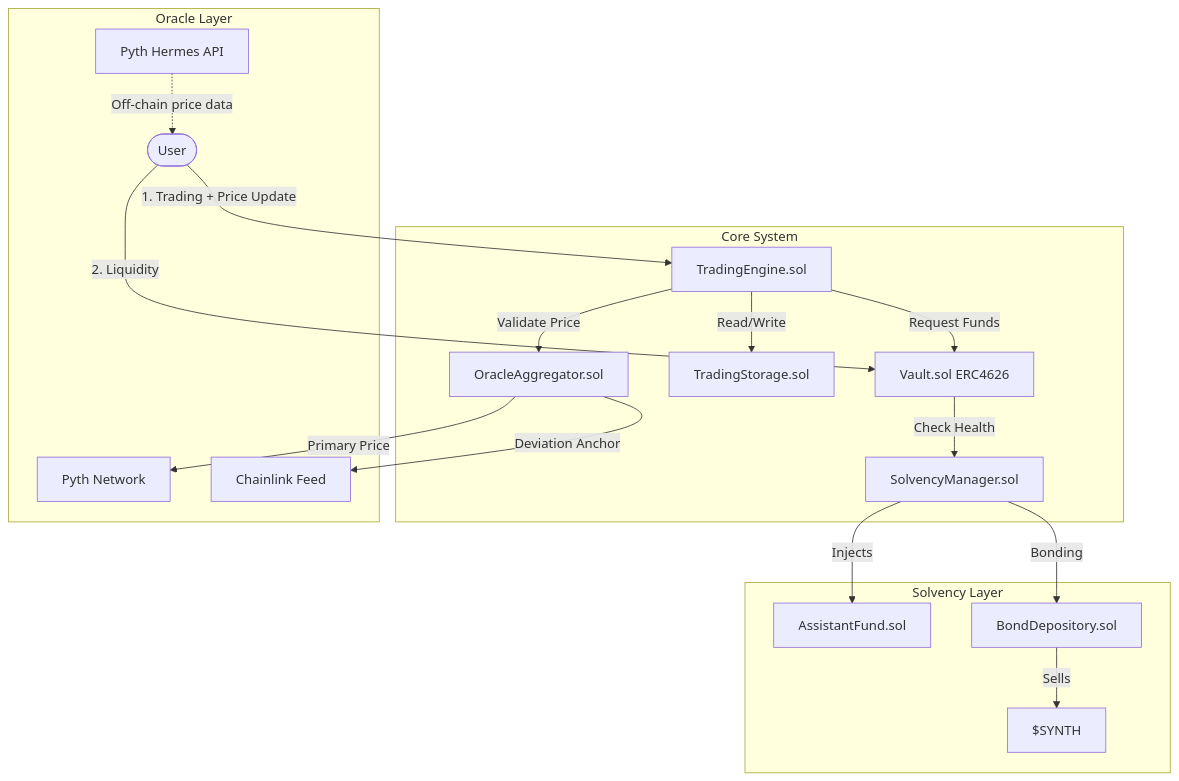
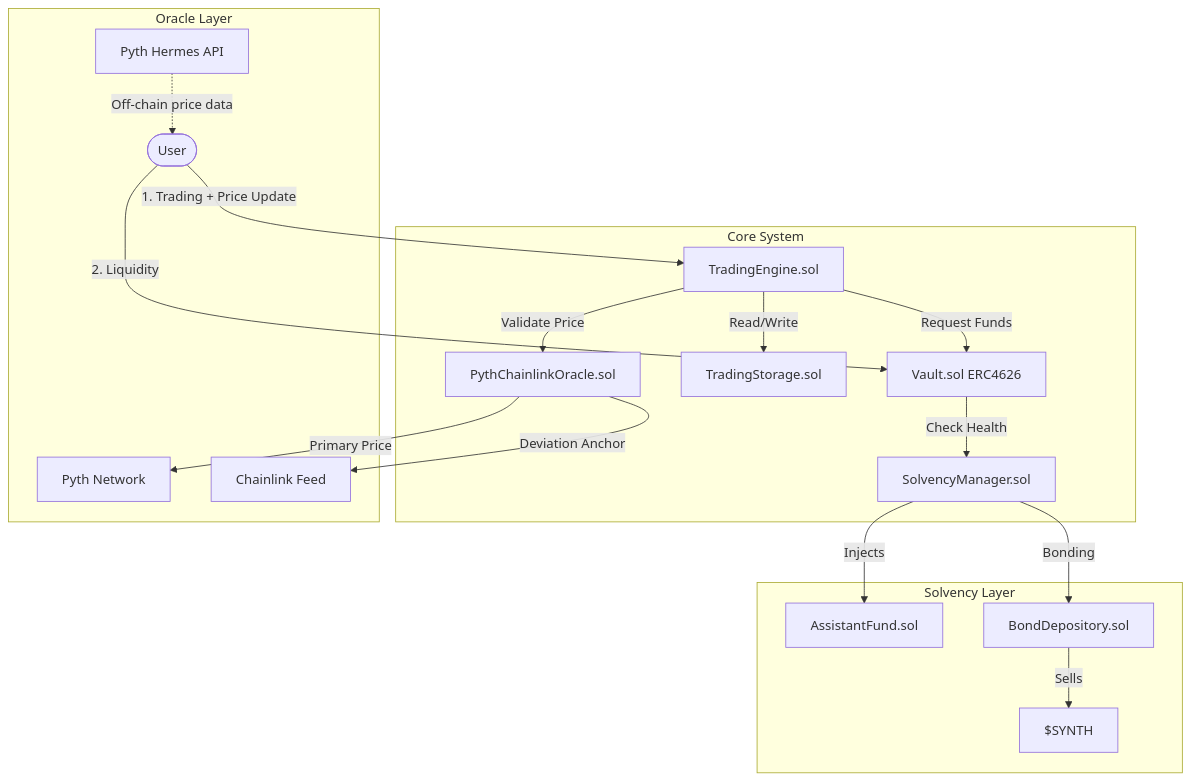
Before and after one commit to GushALKDev/evm-synthetic-trading-protocol: the first of 5 diagrams in docs/03-architecture.md, drawn with Mermaid. The commit also changed other lines of this file and 17 other files, not shown here.

````diff
--- a/docs/03-architecture.md
+++ b/docs/03-architecture.md
@@ -24,24 +24,24 @@
 ```mermaid
 graph TD
     User([User]) -->|1. Trading + Price Update| Engine[TradingEngine.sol]
     User -->|2. Liquidity| Vault[Vault.sol ERC4626]
 
     subgraph Core System
         Engine -->|Read/Write| Storage[TradingStorage.sol]
-        Engine -->|Validate Price| Oracle[OracleAggregator.sol]
+        Engine -->|Validate Price| Oracle[PythChainlinkOracle.sol]
         Engine -->|Request Funds| Vault
         Vault -->|Check Health| Solvency[SolvencyManager.sol]
     end
 
     subgraph Oracle Layer
         Oracle -->|Primary Price| Pyth[Pyth Network]
         Oracle -->|Deviation Anchor| Chainlink[Chainlink Feed]
         Hermes[Pyth Hermes API] -.->|Off-chain price data| User
     end
 
     subgraph Solvency Layer
         Solvency -->|Injects| Assistant[AssistantFund.sol]
         Solvency -->|Bonding| Bond[BondDepository.sol]
         Bond -->|Sells| Token[$SYNTH]
     end
 ```
````
